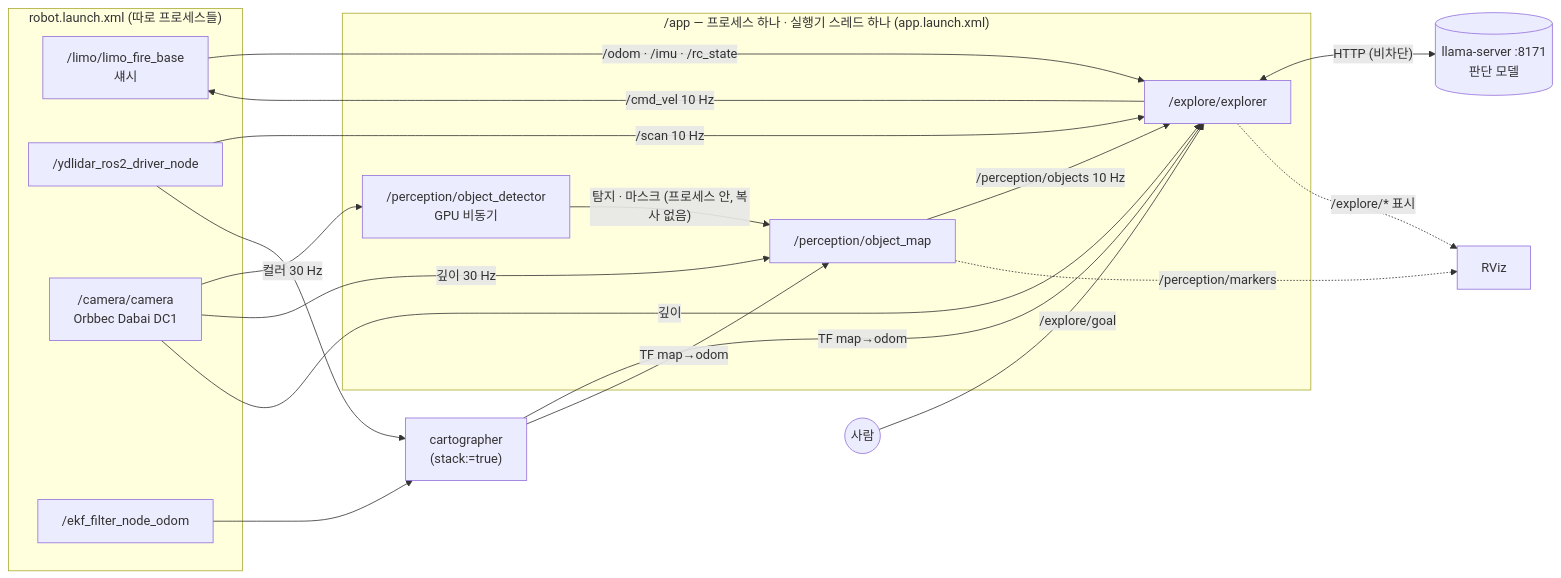
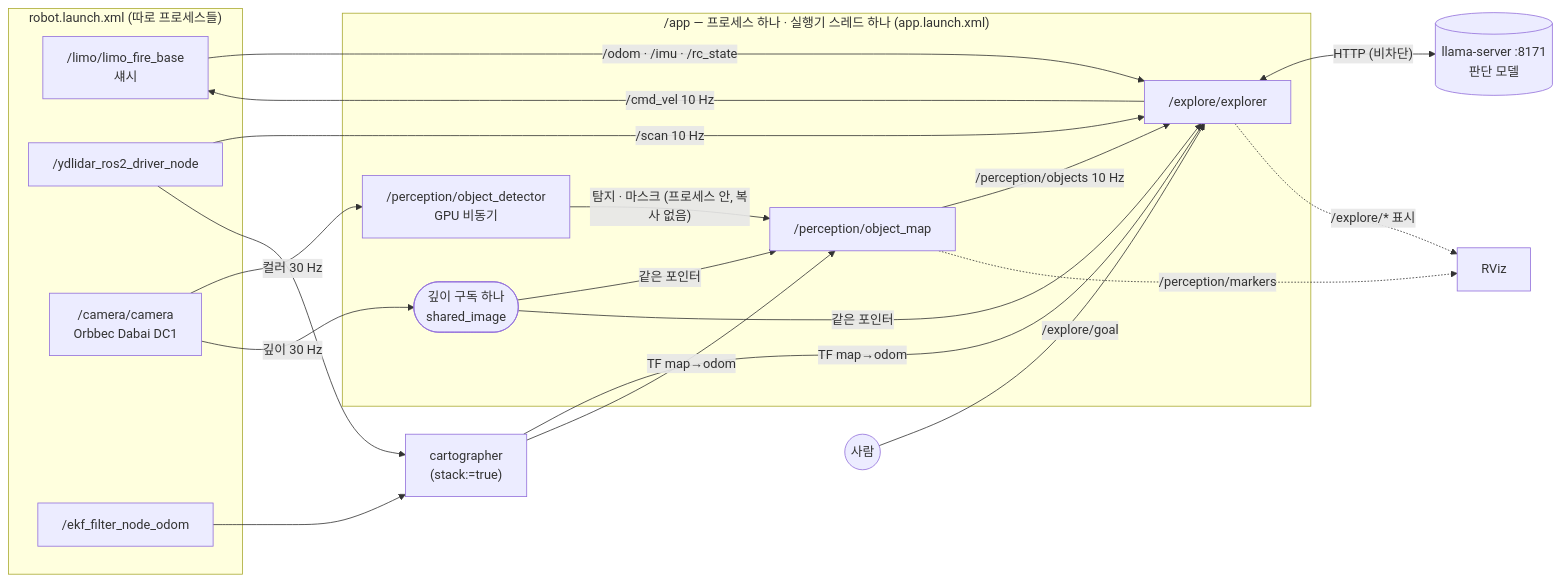
The diagram in docs/runtime_io.md (juyoung020/limo_fire_ws), drawn with Mermaid before and after one commit. The commit also changed other lines of this file and 12 other files, not shown here.

````diff
--- a/docs/runtime_io.md
+++ b/docs/runtime_io.md
@@ -41,35 +41,37 @@
 ```mermaid
 flowchart LR
   subgraph P1["robot.launch.xml (따로 프로세스들)"]
     LB["/limo/limo_fire_base<br>섀시"]
     YD["/ydlidar_ros2_driver_node"]
     OB["/camera/camera<br>Orbbec Dabai DC1"]
     EKF["/ekf_filter_node_odom"]
   end
   CG["cartographer<br>(stack:=true)"]
   subgraph APP["/app — 프로세스 하나 · 실행기 스레드 하나 (app.launch.xml)"]
     YO["/perception/object_detector<br>GPU 비동기"]
     OM["/perception/object_map"]
     EX["/explore/explorer"]
+    DS(["깊이 구독 하나<br>shared_image"])
   end
   LS[("llama-server :8171<br>판단 모델")]
   RV["RViz"]
   USER(("사람"))
 
   OB -- "컬러 30 Hz" --> YO
   YO -- "탐지 · 마스크 (프로세스 안, 복사 없음)" --> OM
-  OB -- "깊이 30 Hz" --> OM
-  OB -- "깊이" --> EX
+  OB -- "깊이 30 Hz" --> DS
+  DS -- "같은 포인터" --> OM
+  DS -- "같은 포인터" --> EX
   YD -- "/scan 10 Hz" --> EX
   YD --> CG
   LB -- "/odom · /imu · /rc_state" --> EX
   EKF --> CG
   CG -- "TF map→odom" --> EX
   CG -- "TF map→odom" --> OM
   OM -- "/perception/objects 10 Hz" --> EX
   USER -- "/explore/goal" --> EX
   EX <-- "HTTP (비차단)" --> LS
   EX -- "/cmd_vel 10 Hz" --> LB
   EX -. "/explore/* 표시" .-> RV
   OM -. "/perception/markers" .-> RV
 ```
````
